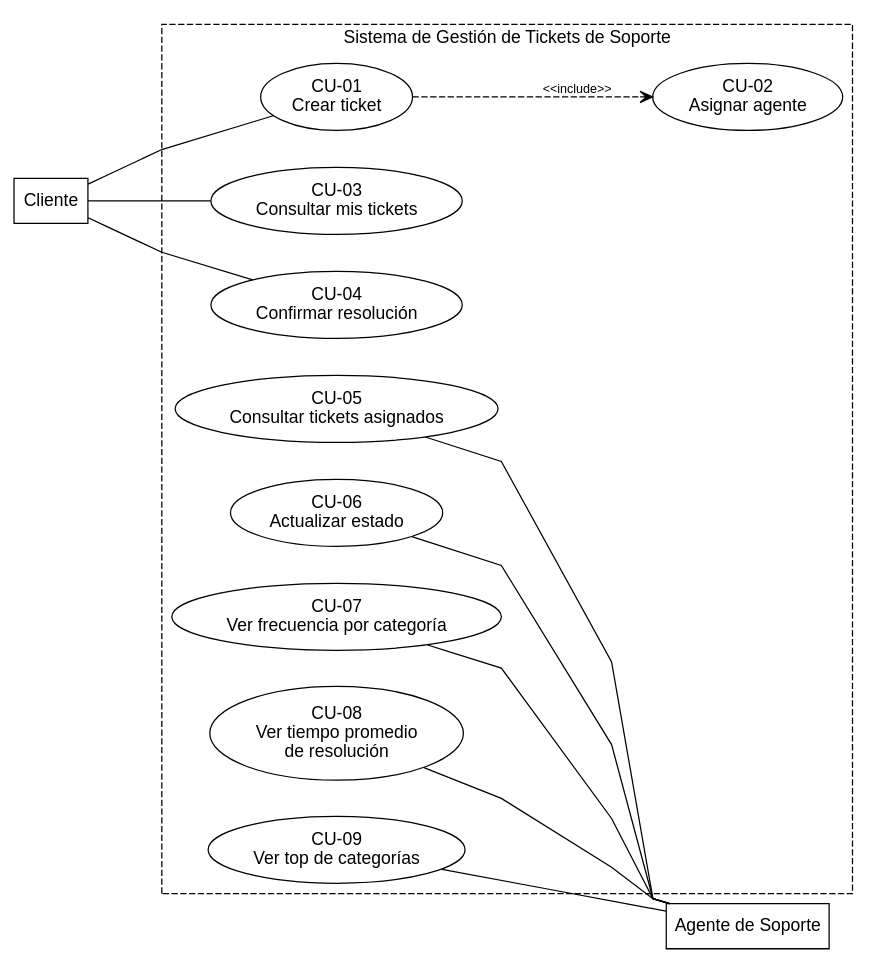
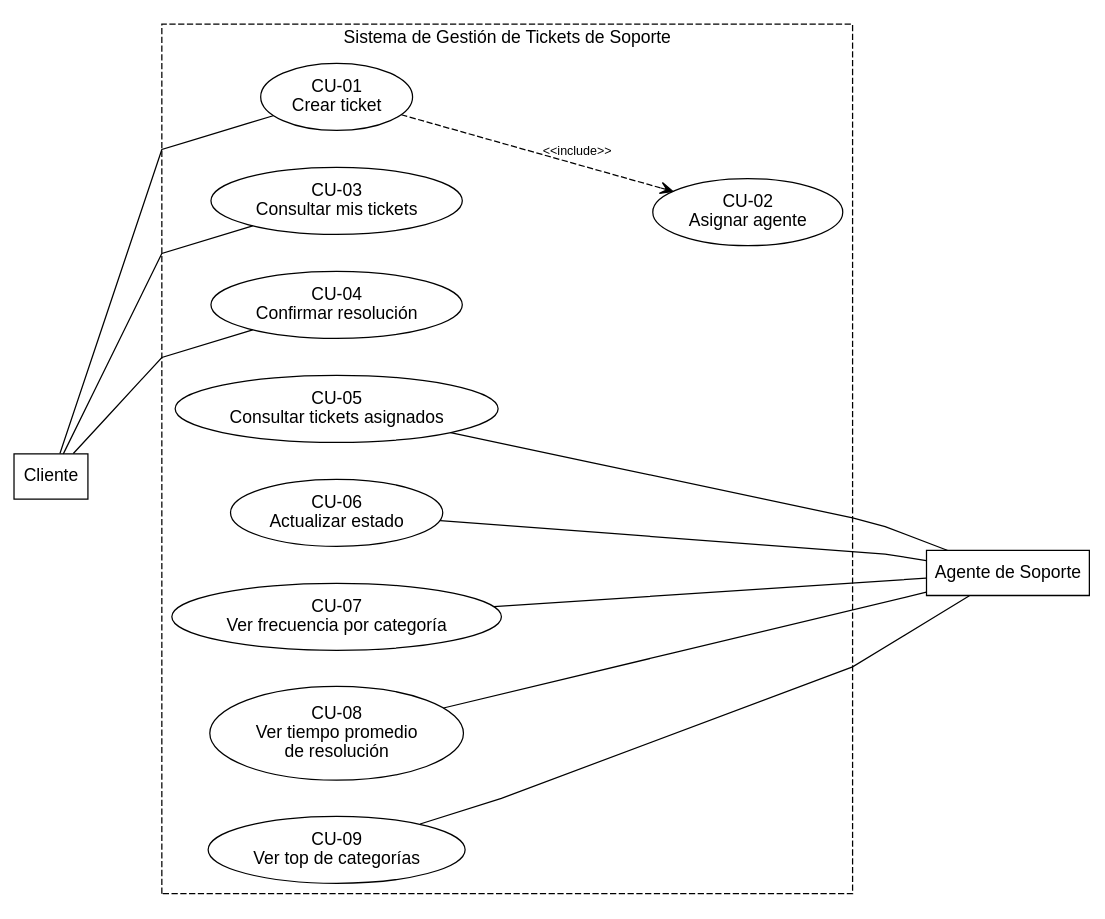
Before and after one commit to lucho-peralta/gestionTickets: the diagram in documentacion/13_casos_de_uso.md, drawn with Graphviz.

Commit message:
Mejora grafico casos de uso

````diff
--- a/documentacion/13_casos_de_uso.md
+++ b/documentacion/13_casos_de_uso.md
@@ -11,41 +11,52 @@
 ```dot
 digraph CasosDeUso {
     rankdir=LR;
     splines=polyline;
     nodesep=0.4;
     ranksep=0.9;
     fontname="Helvetica,Arial,sans-serif";
     node [fontname="Helvetica,Arial,sans-serif", shape=ellipse];
     edge [fontname="Helvetica,Arial,sans-serif", fontsize=10, dir=none];
 
+    // Actores: Cliente en la primera columna, Agente en la última
     Cliente [label="Cliente", shape=box];
     Agente  [label="Agente de Soporte", shape=box];
+    { rank=min; Cliente; }
+    { rank=max; Agente; }
 
     subgraph cluster_sistema {
         label="Sistema de Gestión de Tickets de Soporte";
         style=dashed;
 
         UC1 [label="CU-01\nCrear ticket"];
         UC2 [label="CU-02\nAsignar agente"];
         UC3 [label="CU-03\nConsultar mis tickets"];
         UC4 [label="CU-04\nConfirmar resolución"];
         UC5 [label="CU-05\nConsultar tickets asignados"];
         UC6 [label="CU-06\nActualizar estado"];
         UC7 [label="CU-07\nVer frecuencia por categoría"];
         UC8 [label="CU-08\nVer tiempo promedio\nde resolución"];
         UC9 [label="CU-09\nVer top de categorías"];
     }
 
     Cliente -> UC1;
     Cliente -> UC3;
     Cliente -> UC4;
 
     UC5 -> Agente;
     UC6 -> Agente;
     UC7 -> Agente;
     UC8 -> Agente;
     UC9 -> Agente;
 
     UC1 -> UC2 [label="<<include>>", style=dashed, dir=forward, arrowhead=open];
+
+    // Invisibles: solo ordenan columnas (no se dibujan)
+    Cliente -> UC5 [style=invis];
+    Cliente -> UC6 [style=invis];
+    Cliente -> UC7 [style=invis];
+    Cliente -> UC8 [style=invis];
+    Cliente -> UC9 [style=invis];
+    UC2 -> Agente [style=invis];
 }
 ```
````
